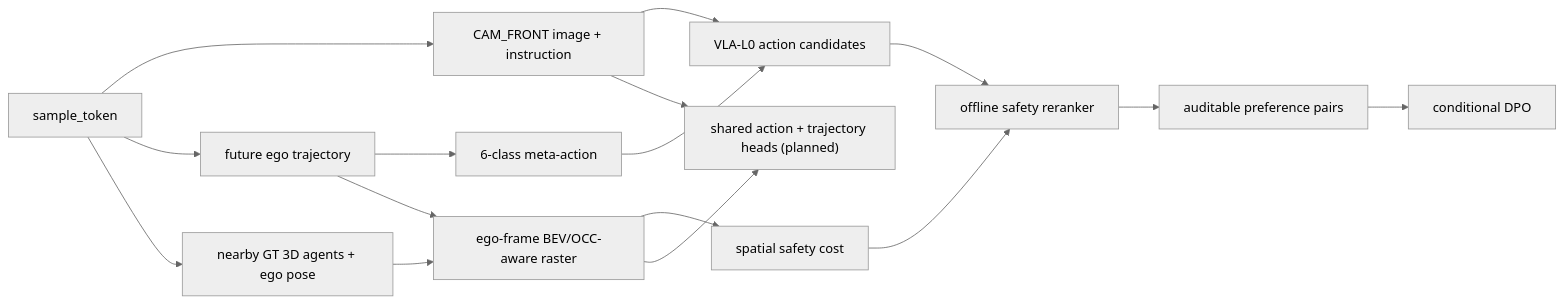
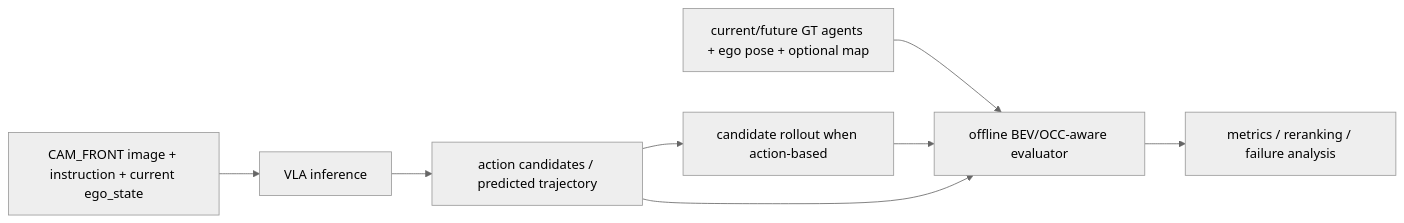
The diagram in README.md (TNAG031231/4vla_learning), drawn with Mermaid (neutral theme) before and after one commit. The commit also changed other lines of this file and 3 other files, not shown here.

Commit message:
docs: separate VLA inference and safety evaluation

````diff
--- a/README.md
+++ b/README.md
@@ -24,18 +29,10 @@
 ```mermaid
 flowchart LR
-    A["sample_token"] --> B["CAM_FRONT image + instruction"]
-    A --> C["future ego trajectory"]
-    A --> D["nearby GT 3D agents + ego pose"]
-    C --> E["6-class meta-action"]
-    C --> F["ego-frame BEV/OCC-aware raster"]
+    A["CAM_FRONT image + instruction + current ego_state"] --> B["VLA inference"]
+    B --> C["action candidates / predicted trajectory"]
+    C --> D["candidate rollout when action-based"]
+    E["current/future GT agents + ego pose + optional map"] --> F["offline BEV/OCC-aware evaluator"]
     D --> F
-    B --> G["VLA-L0 action candidates"]
-    E --> G
-    F --> H["spatial safety cost"]
-    G --> I["offline safety reranker"]
-    H --> I
-    I --> J["auditable preference pairs"]
-    J --> K["conditional DPO"]
-    B --> L["shared action + trajectory heads (planned)"]
-    F --> L
+    C --> F
+    F --> G["metrics / reranking / failure analysis"]
 ```
````
